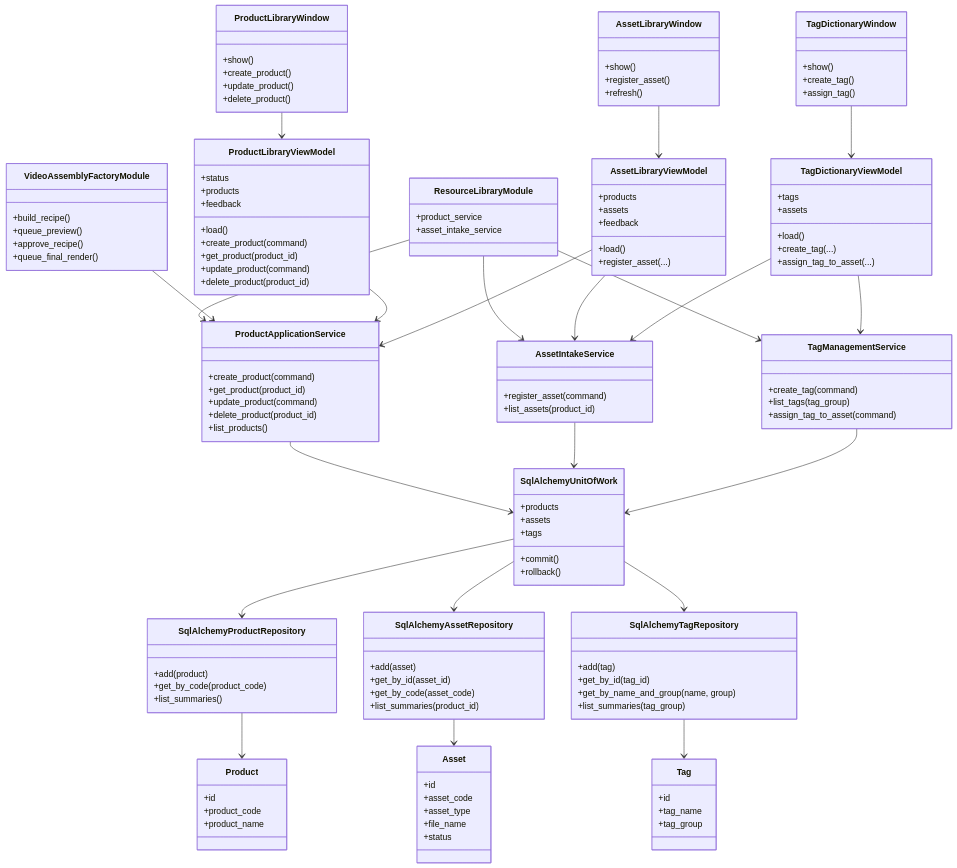
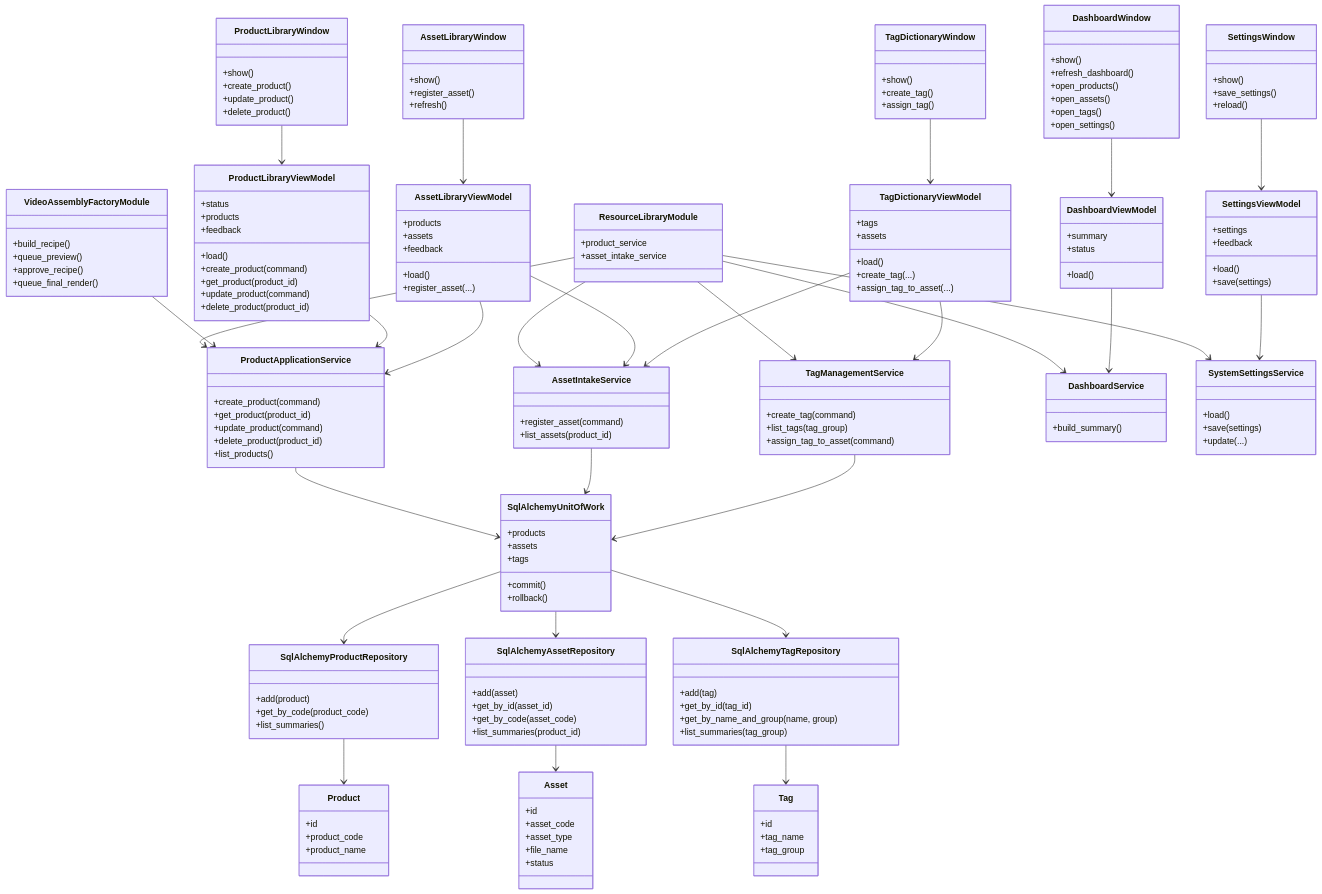
Before and after one commit to idev006/MTClipFactory: the third of 8 diagrams in doc/10_UML_System_Overview.md, drawn with Mermaid. The commit also changed other lines of this file and 27 other files, not shown here.

Commit message:
Add dashboard and system settings control center

```diff
--- a/doc/10_UML_System_Overview.md
+++ b/doc/10_UML_System_Overview.md
@@ -48,6 +50,21 @@
         +create_product()
         +update_product()
         +delete_product()
+    }
+
+    class DashboardWindow {
+        +show()
+        +refresh_dashboard()
+        +open_products()
+        +open_assets()
+        +open_tags()
+        +open_settings()
+    }
+
+    class SettingsWindow {
+        +show()
+        +save_settings()
+        +reload()
     }
 
     class AssetLibraryWindow {
@@ -89,6 +106,19 @@
         +assets
     }
 
+    class DashboardViewModel {
+        +load()
+        +summary
+        +status
+    }
+
+    class SettingsViewModel {
+        +load()
+        +save(settings)
+        +settings
+        +feedback
+    }
+
     class ProductApplicationService {
         +create_product(command)
         +get_product(product_id)
@@ -106,6 +136,16 @@
         +create_tag(command)
         +list_tags(tag_group)
         +assign_tag_to_asset(command)
+    }
+
+    class DashboardService {
+        +build_summary()
+    }
+
+    class SystemSettingsService {
+        +load()
+        +save(settings)
+        +update(...)
     }
 
     class SqlAlchemyUnitOfWork {
@@ -159,15 +199,21 @@
     ProductLibraryWindow --> ProductLibraryViewModel
     AssetLibraryWindow --> AssetLibraryViewModel
     TagDictionaryWindow --> TagDictionaryViewModel
+    DashboardWindow --> DashboardViewModel
+    SettingsWindow --> SettingsViewModel
     ResourceLibraryModule --> ProductApplicationService
     ResourceLibraryModule --> AssetIntakeService
     ResourceLibraryModule --> TagManagementService
+    ResourceLibraryModule --> DashboardService
+    ResourceLibraryModule --> SystemSettingsService
     VideoAssemblyFactoryModule --> ProductApplicationService
     ProductLibraryViewModel --> ProductApplicationService
     AssetLibraryViewModel --> ProductApplicationService
     AssetLibraryViewModel --> AssetIntakeService
     TagDictionaryViewModel --> TagManagementService
     TagDictionaryViewModel --> AssetIntakeService
+    DashboardViewModel --> DashboardService
+    SettingsViewModel --> SystemSettingsService
     ProductApplicationService --> SqlAlchemyUnitOfWork
     AssetIntakeService --> SqlAlchemyUnitOfWork
     TagManagementService --> SqlAlchemyUnitOfWork
```
